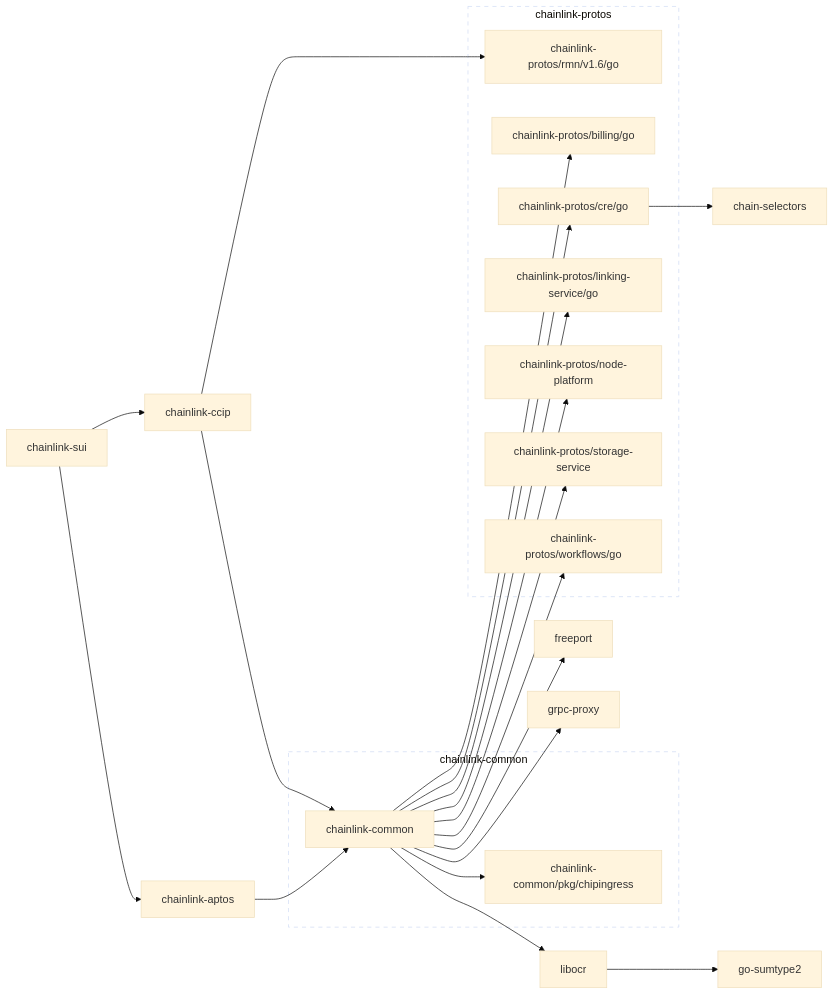
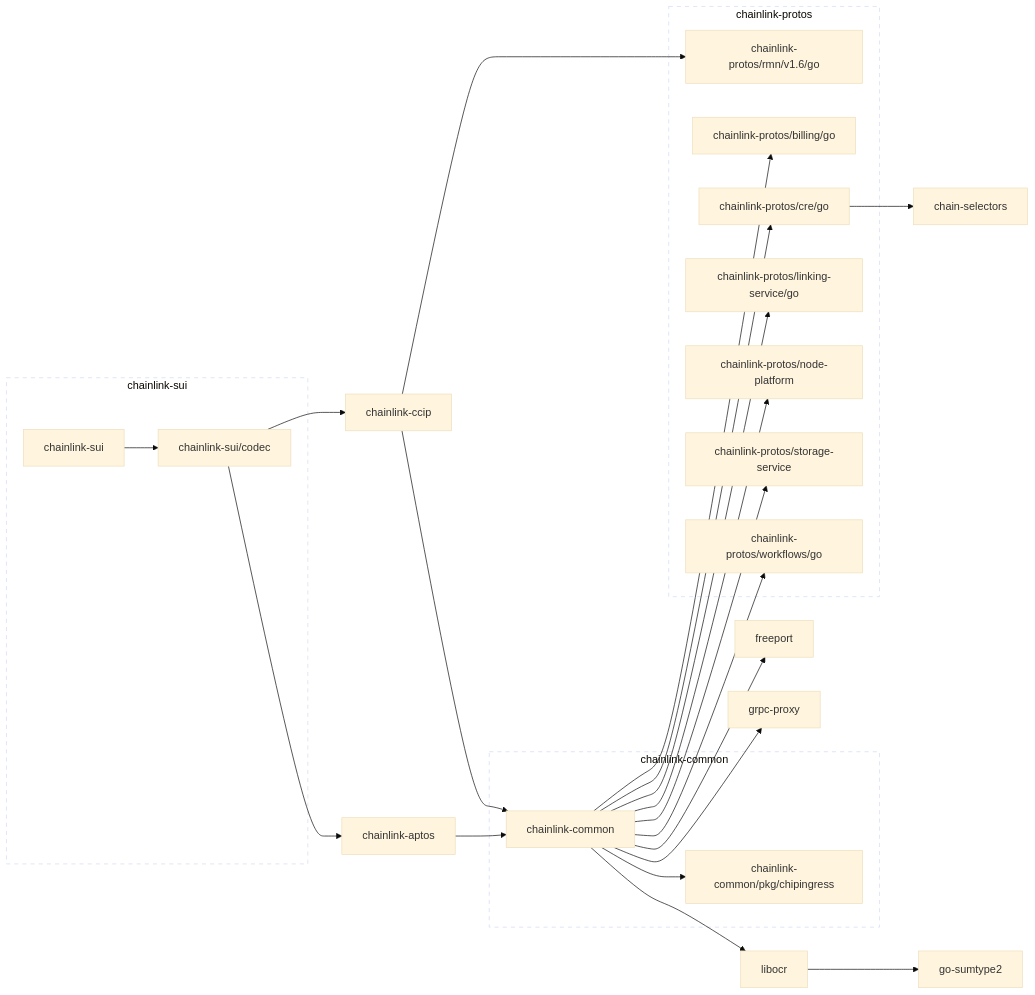
Before and after one commit to smartcontractkit/chainlink-sui: the first of 2 diagrams in go.md, drawn with Mermaid (base theme). The commit also changed other lines of this file and 15 other files, not shown here.

````diff
--- a/go.md
+++ b/go.md
@@ -3,69 +3,77 @@
 ```mermaid
 flowchart LR
 
 	chain-selectors
 	click chain-selectors href "https://github.com/smartcontractkit/chain-selectors"
 	chainlink-aptos --> chainlink-common
 	click chainlink-aptos href "https://github.com/smartcontractkit/chainlink-aptos"
 	chainlink-ccip --> chainlink-common
 	chainlink-ccip --> chainlink-protos/rmn/v1.6/go
 	click chainlink-ccip href "https://github.com/smartcontractkit/chainlink-ccip"
 	chainlink-common --> chainlink-common/pkg/chipingress
 	chainlink-common --> chainlink-protos/billing/go
 	chainlink-common --> chainlink-protos/cre/go
 	chainlink-common --> chainlink-protos/linking-service/go
 	chainlink-common --> chainlink-protos/node-platform
 	chainlink-common --> chainlink-protos/storage-service
 	chainlink-common --> chainlink-protos/workflows/go
 	chainlink-common --> freeport
 	chainlink-common --> grpc-proxy
 	chainlink-common --> libocr
 	click chainlink-common href "https://github.com/smartcontractkit/chainlink-common"
 	chainlink-common/pkg/chipingress
 	click chainlink-common/pkg/chipingress href "https://github.com/smartcontractkit/chainlink-common"
 	chainlink-protos/billing/go
 	click chainlink-protos/billing/go href "https://github.com/smartcontractkit/chainlink-protos"
 	chainlink-protos/cre/go --> chain-selectors
 	click chainlink-protos/cre/go href "https://github.com/smartcontractkit/chainlink-protos"
 	chainlink-protos/linking-service/go
 	click chainlink-protos/linking-service/go href "https://github.com/smartcontractkit/chainlink-protos"
 	chainlink-protos/node-platform
 	click chainlink-protos/node-platform href "https://github.com/smartcontractkit/chainlink-protos"
 	chainlink-protos/rmn/v1.6/go
 	click chainlink-protos/rmn/v1.6/go href "https://github.com/smartcontractkit/chainlink-protos"
 	chainlink-protos/storage-service
 	click chainlink-protos/storage-service href "https://github.com/smartcontractkit/chainlink-protos"
 	chainlink-protos/workflows/go
 	click chainlink-protos/workflows/go href "https://github.com/smartcontractkit/chainlink-protos"
-	chainlink-sui --> chainlink-aptos
-	chainlink-sui --> chainlink-ccip
+	chainlink-sui --> chainlink-sui/codec
 	click chainlink-sui href "https://github.com/smartcontractkit/chainlink-sui"
+	chainlink-sui/codec --> chainlink-aptos
+	chainlink-sui/codec --> chainlink-ccip
+	click chainlink-sui/codec href "https://github.com/smartcontractkit/chainlink-sui"
 	freeport
 	click freeport href "https://github.com/smartcontractkit/freeport"
 	go-sumtype2
 	click go-sumtype2 href "https://github.com/smartcontractkit/go-sumtype2"
 	grpc-proxy
 	click grpc-proxy href "https://github.com/smartcontractkit/grpc-proxy"
 	libocr --> go-sumtype2
 	click libocr href "https://github.com/smartcontractkit/libocr"
 
 	subgraph chainlink-common-repo[chainlink-common]
 		 chainlink-common
 		 chainlink-common/pkg/chipingress
 	end
 	click chainlink-common-repo href "https://github.com/smartcontractkit/chainlink-common"
 
 	subgraph chainlink-protos-repo[chainlink-protos]
 		 chainlink-protos/billing/go
 		 chainlink-protos/cre/go
 		 chainlink-protos/linking-service/go
 		 chainlink-protos/node-platform
 		 chainlink-protos/rmn/v1.6/go
 		 chainlink-protos/storage-service
 		 chainlink-protos/workflows/go
 	end
 	click chainlink-protos-repo href "https://github.com/smartcontractkit/chainlink-protos"
 
+	subgraph chainlink-sui-repo[chainlink-sui]
+		 chainlink-sui
+		 chainlink-sui/codec
+	end
+	click chainlink-sui-repo href "https://github.com/smartcontractkit/chainlink-sui"
+
 	classDef outline stroke-dasharray:6,fill:none;
-	class chainlink-common-repo,chainlink-protos-repo outline
+	class chainlink-common-repo,chainlink-protos-repo,chainlink-sui-repo outline
 ```
````
